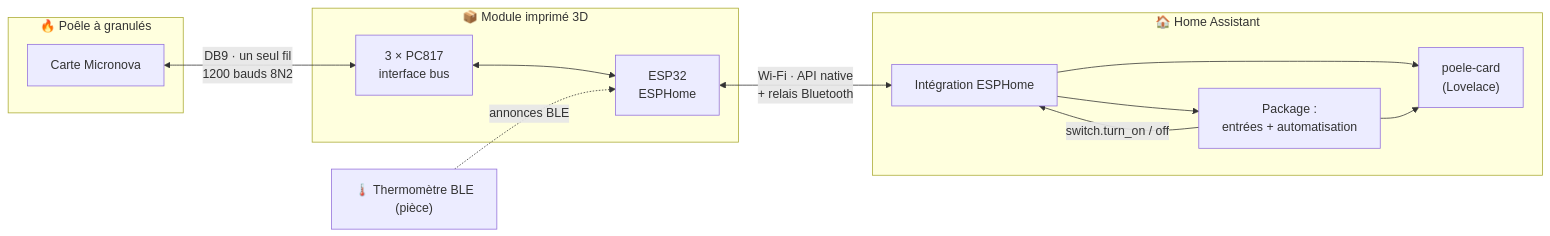
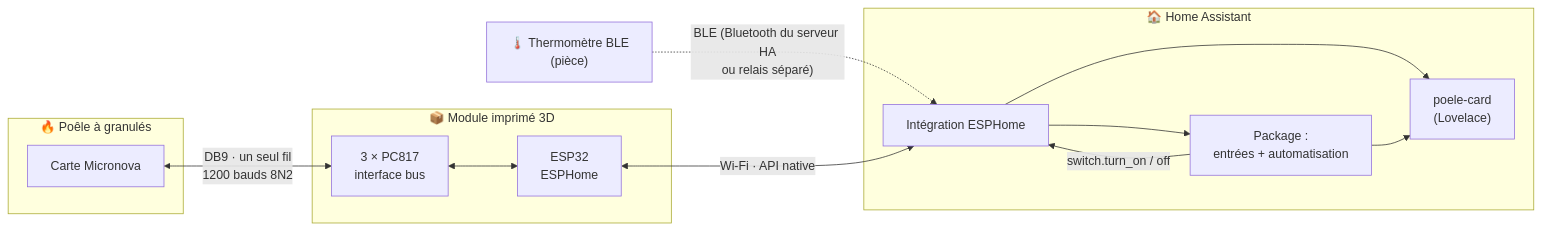
One commit to skribascode/Moretti-pellet-stove-esp32 changed the first of 2 diagrams in README.fr.md. Above: the diagram before and after it, drawn with Mermaid. The commit also changed other lines of this file and 5 other files, not shown here.

First line of the commit message:
Alarm lock, card 1.5.0, no Bluetooth proxy on the stove ESP

````diff
--- a/README.fr.md
+++ b/README.fr.md
@@ -80,25 +80,25 @@
 ```mermaid
 flowchart LR
     subgraph Stove["🔥 Poêle à granulés"]
         MB["Carte Micronova"]
     end
     subgraph Module["📦 Module imprimé 3D"]
         IF["3 × PC817<br/>interface bus"]
         ESP["ESP32<br/>ESPHome"]
     end
     T["🌡️ Thermomètre BLE<br/>(pièce)"]
     subgraph HA["🏠 Home Assistant"]
         API["Intégration ESPHome"]
         PKG["Package :<br/>entrées + automatisation"]
         CARD["poele-card<br/>(Lovelace)"]
     end
 
     MB <-- "DB9 · un seul fil<br/>1200 bauds 8N2" --> IF
     IF <--> ESP
-    T -. "annonces BLE" .-> ESP
-    ESP <-- "Wi-Fi · API native<br/>+ relais Bluetooth" --> API
+    T -. "BLE (Bluetooth du serveur HA<br/>ou relais séparé)" .-> API
+    ESP <-- "Wi-Fi · API native" --> API
     API --> PKG
     PKG -- "switch.turn_on / off" --> API
     API --> CARD
     PKG --> CARD
 ```
````
